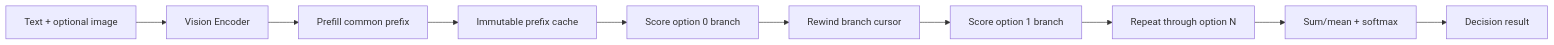
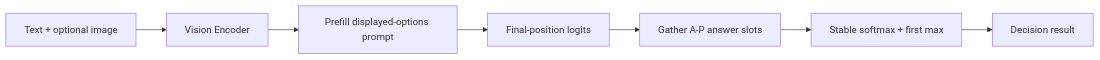
One commit to taka-tuos/branchscore changed the diagram in docs/architecture.md. Above: the diagram before and after it, drawn with Mermaid. The commit also changed other lines of this file and 8 other files, not shown here.

````diff
--- a/docs/architecture.md
+++ b/docs/architecture.md
@@ -5,12 +9,9 @@
 ```mermaid
 flowchart LR
     I[Text + optional image] --> V[Vision Encoder]
-    V --> P[Prefill common prefix]
-    P --> S[Immutable prefix cache]
-    S --> O0[Score option 0 branch]
-    O0 --> R0[Rewind branch cursor]
-    R0 --> O1[Score option 1 branch]
-    O1 --> RN[Repeat through option N]
-    RN --> N[Sum/mean + softmax]
+    V --> P[Prefill displayed-options prompt]
+    P --> S[Final-position logits]
+    S --> G[Gather A-P answer slots]
+    G --> N[Stable softmax + first max]
     N --> R[Decision result]
 ```
````
